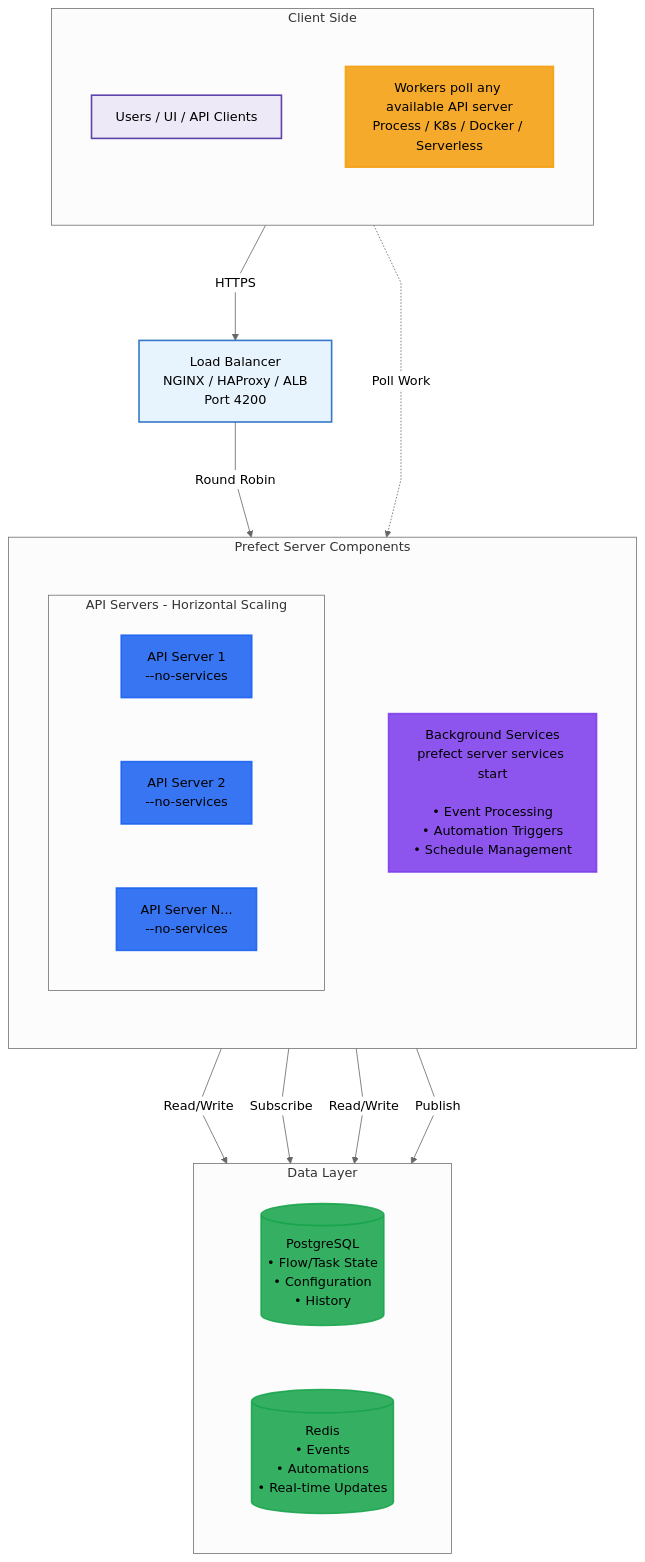
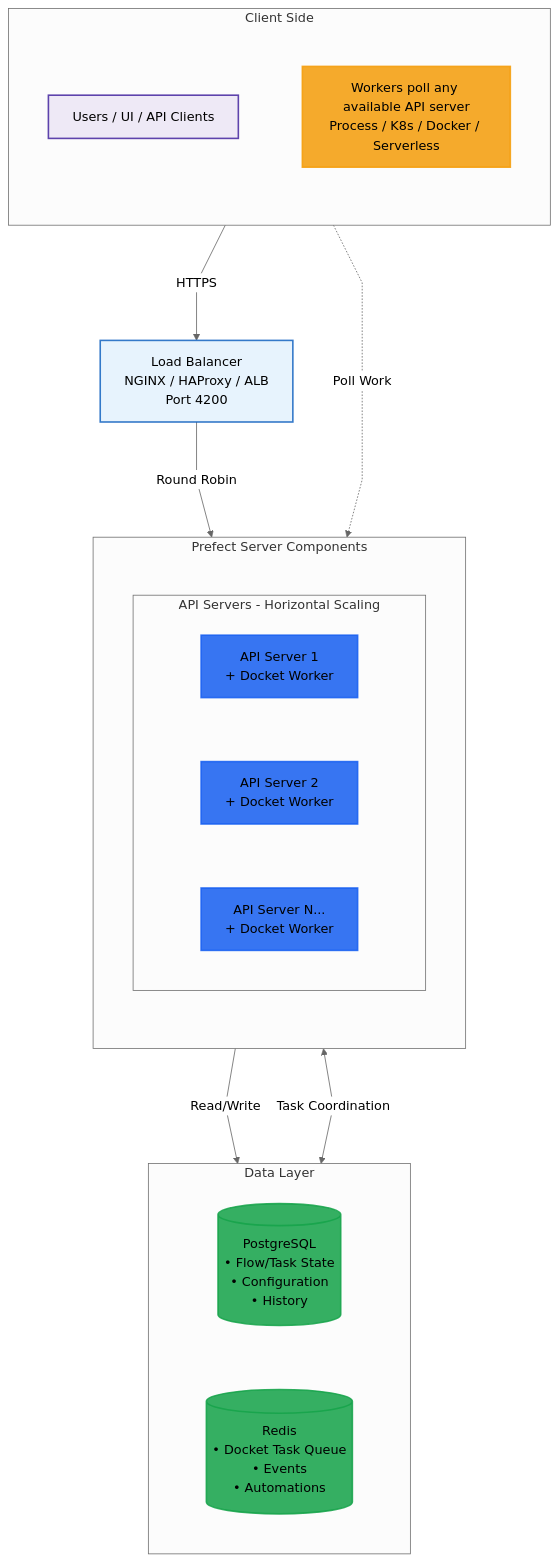
Before and after one commit to PrefectHQ/prefect: the diagram in docs/v3/advanced/self-hosted.mdx, drawn with Mermaid. The commit also changed other lines of this file, not shown here.

First line of the commit message:
docs: update self-hosted docs for docket-based background services

````diff
--- a/docs/v3/advanced/self-hosted.mdx
+++ b/docs/v3/advanced/self-hosted.mdx
@@ -27,60 +30,54 @@
 ```mermaid
 %%{
   init: {
     'theme': 'neutral',
     'flowchart': {
       'curve' : 'linear',
       'rankSpacing': 120,
       'nodeSpacing': 80
     }
   }
 }%%
 
 flowchart TB
     %% Style definitions
     classDef userClass fill:#ede7f6db,stroke:#4527a0db,stroke-width:2px
     classDef lbClass fill:#e3f2fddb,stroke:#1565c0db,stroke-width:2px
     classDef apiClass fill:#1860f2db,stroke:#1860f2db,stroke-width:2px
-    classDef bgClass fill:#7c3aeddb,stroke:#7c3aeddb,stroke-width:2px
     classDef dataClass fill:#16a34adb,stroke:#16a34adb,stroke-width:2px
     classDef workerClass fill:#f59e0bdb,stroke:#f59e0bdb,stroke-width:2px
 
     %% Nodes
     subgraph clients[Client Side]
         direction TB
         Users[Users / UI / API Clients]:::userClass
         Workers[Workers poll any available API server<br/>Process / K8s / Docker / Serverless]:::workerClass
     end
 
     LB[Load Balancer<br/>NGINX / HAProxy / ALB<br/>Port 4200]:::lbClass
 
     subgraph servers[Prefect Server Components]
         direction TB
         subgraph api[API Servers - Horizontal Scaling]
             direction LR
-            API1[API Server 1<br/>--no-services]:::apiClass
-            API2[API Server 2<br/>--no-services]:::apiClass
-            API3[API Server N...<br/>--no-services]:::apiClass
+            API1[API Server 1<br/>+ Docket Worker]:::apiClass
+            API2[API Server 2<br/>+ Docket Worker]:::apiClass
+            API3[API Server N...<br/>+ Docket Worker]:::apiClass
         end
-
-        BG[Background Services<br/>prefect server services start<br/><br/>• Event Processing<br/>• Automation Triggers<br/>• Schedule Management]:::bgClass
     end
 
     subgraph data[Data Layer]
         direction LR
         PG[(PostgreSQL<br/>• Flow/Task State<br/>• Configuration<br/>• History)]:::dataClass
-        Redis[(Redis<br/>• Events<br/>• Automations<br/>• Real-time Updates)]:::dataClass
+        Redis[(Redis<br/>• Docket Task Queue<br/>• Events<br/>• Automations)]:::dataClass
     end
 
     %% Connections
     Users --> |HTTPS| LB
     LB --> |Round Robin| api
 
     api --> |Read/Write| PG
-    api --> |Publish| Redis
-
-    BG --> |Read/Write| PG
-    BG --> |Subscribe| Redis
+    api <--> |Task Coordination| Redis
 
     Workers -.-> |Poll Work| api
 ```
````
